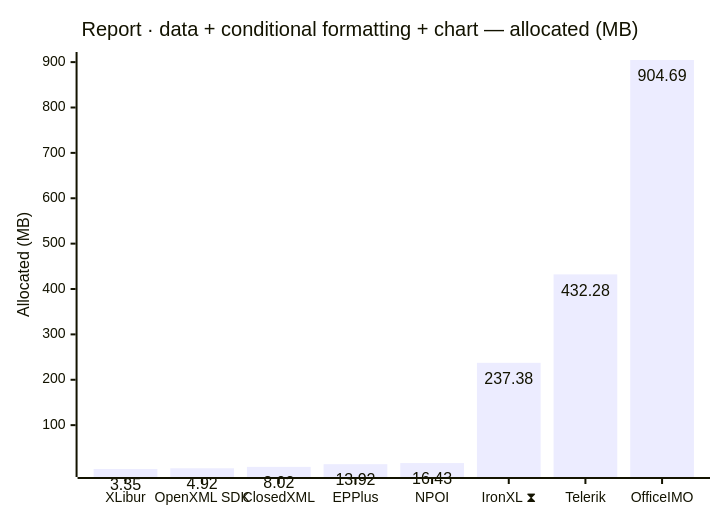
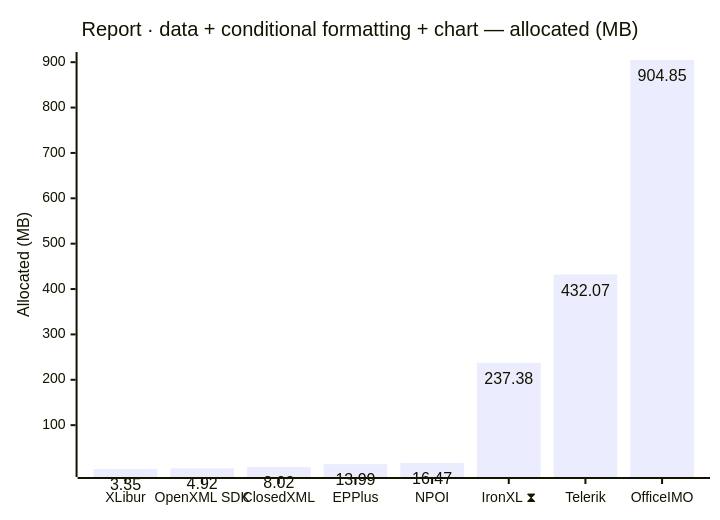
The eighth of 12 diagrams in docs/results.md (jafin/XLBench), drawn with Mermaid before and after one commit. The commit also changed other lines of this file and 4 other files, not shown here.

````diff
--- a/docs/results.md
+++ b/docs/results.md
@@ -133,12 +133,12 @@
 ```mermaid
 ---
 config:
   xyChart:
     showDataLabel: true
 ---
 xychart-beta
     title "Report · data + conditional formatting + chart — allocated (MB)"
     x-axis ["XLibur", "OpenXML SDK", "ClosedXML", "EPPlus", "NPOI", "IronXL ⧗", "Telerik", "OfficeIMO"]
     y-axis "Allocated (MB)"
-    bar [3.35, 4.92, 8.02, 13.92, 16.43, 237.38, 432.28, 904.69]
+    bar [3.35, 4.92, 8.02, 13.99, 16.47, 237.38, 432.07, 904.85]
 ```
````
